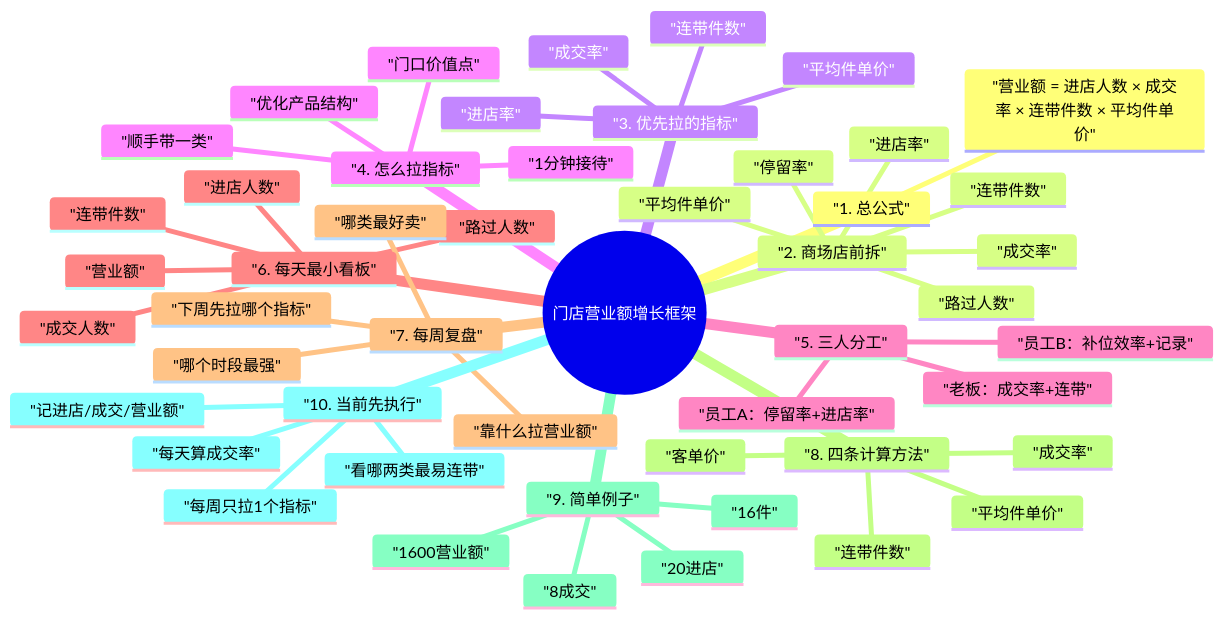
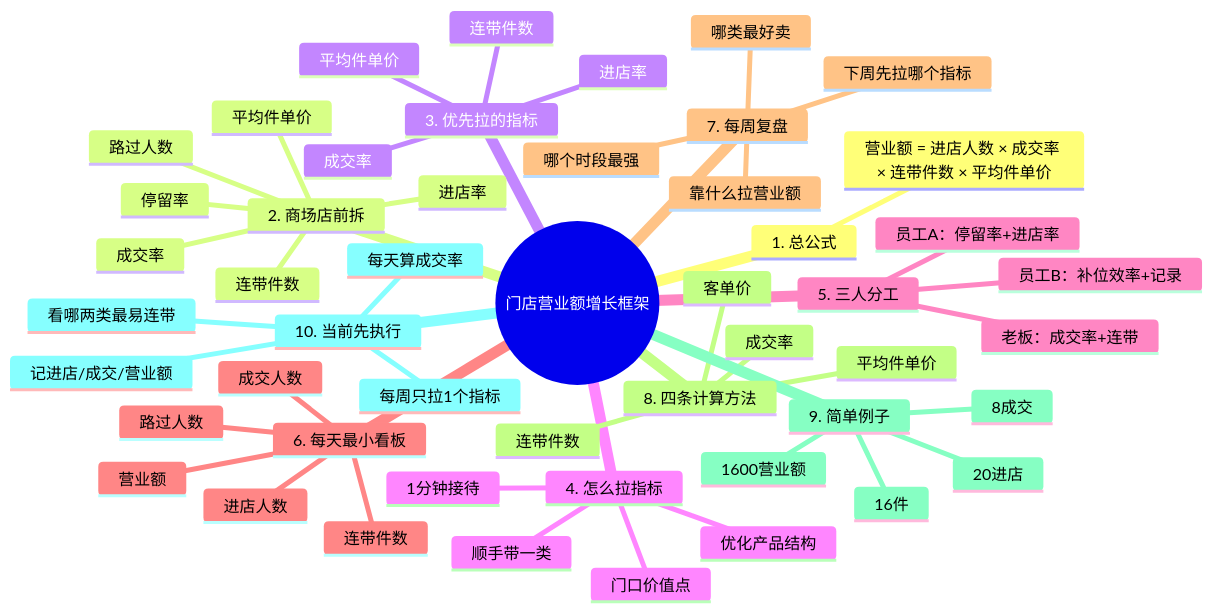
The diagram in mindmaps/15-门店营业额增长框架-mindmap.md (lizhihui0215/Black-Tonny), drawn with Mermaid before and after one commit. The commit also changed 29 other files, not shown here.

Commit message:
docs: fix mermaid mindmaps and add xmind exports

````diff
--- a/mindmaps/15-门店营业额增长框架-mindmap.md
+++ b/mindmaps/15-门店营业额增长框架-mindmap.md
@@ -3,53 +3,53 @@
 ```mermaid
 mindmap
-  root(("门店营业额增长框架"))
-    "1. 总公式"
-      "营业额 = 进店人数 × 成交率 × 连带件数 × 平均件单价"
-    "2. 商场店前拆"
-      "路过人数"
-      "停留率"
-      "进店率"
-      "成交率"
-      "连带件数"
-      "平均件单价"
-    "3. 优先拉的指标"
-      "进店率"
-      "成交率"
-      "连带件数"
-      "平均件单价"
-    "4. 怎么拉指标"
-      "门口价值点"
-      "1分钟接待"
-      "顺手带一类"
-      "优化产品结构"
-    "5. 三人分工"
-      "老板：成交率+连带"
-      "员工A：停留率+进店率"
-      "员工B：补位效率+记录"
-    "6. 每天最小看板"
-      "路过人数"
-      "进店人数"
-      "成交人数"
-      "连带件数"
-      "营业额"
-    "7. 每周复盘"
-      "靠什么拉营业额"
-      "哪类最好卖"
-      "哪个时段最强"
-      "下周先拉哪个指标"
-    "8. 四条计算方法"
-      "成交率"
-      "连带件数"
-      "平均件单价"
-      "客单价"
-    "9. 简单例子"
-      "20进店"
-      "8成交"
-      "16件"
-      "1600营业额"
-    "10. 当前先执行"
-      "记进店/成交/营业额"
-      "每天算成交率"
-      "看哪两类最易连带"
-      "每周只拉1个指标"
+  root((门店营业额增长框架))
+    1. 总公式
+      营业额 = 进店人数 × 成交率 × 连带件数 × 平均件单价
+    2. 商场店前拆
+      路过人数
+      停留率
+      进店率
+      成交率
+      连带件数
+      平均件单价
+    3. 优先拉的指标
+      进店率
+      成交率
+      连带件数
+      平均件单价
+    4. 怎么拉指标
+      门口价值点
+      1分钟接待
+      顺手带一类
+      优化产品结构
+    5. 三人分工
+      老板：成交率+连带
+      员工A：停留率+进店率
+      员工B：补位效率+记录
+    6. 每天最小看板
+      路过人数
+      进店人数
+      成交人数
+      连带件数
+      营业额
+    7. 每周复盘
+      靠什么拉营业额
+      哪类最好卖
+      哪个时段最强
+      下周先拉哪个指标
+    8. 四条计算方法
+      成交率
+      连带件数
+      平均件单价
+      客单价
+    9. 简单例子
+      20进店
+      8成交
+      16件
+      1600营业额
+    10. 当前先执行
+      记进店/成交/营业额
+      每天算成交率
+      看哪两类最易连带
+      每周只拉1个指标
 ```
````
